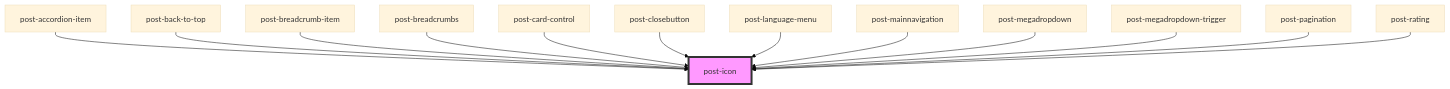
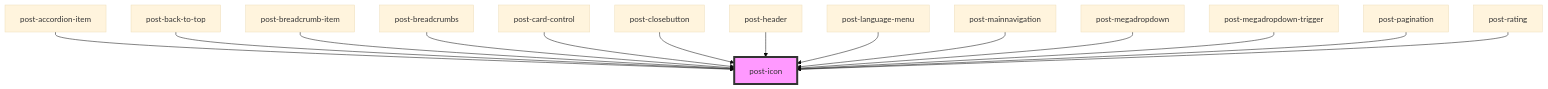
One commit to swisspost/design-system changed the diagram in packages/components/src/components/post-icon/readme.md. Above: the diagram before and after it, drawn with Mermaid (base theme). The commit also changed other lines of this file and 21 other files, not shown here.

First line of the commit message:
chore(components): include burger button into the post header (#6801)

````diff
--- a/packages/components/src/components/post-icon/readme.md
+++ b/packages/components/src/components/post-icon/readme.md
@@ -39,16 +40,17 @@
 ```mermaid
 graph TD;
   post-accordion-item --> post-icon
   post-back-to-top --> post-icon
   post-breadcrumb-item --> post-icon
   post-breadcrumbs --> post-icon
   post-card-control --> post-icon
   post-closebutton --> post-icon
+  post-header --> post-icon
   post-language-menu --> post-icon
   post-mainnavigation --> post-icon
   post-megadropdown --> post-icon
   post-megadropdown-trigger --> post-icon
   post-pagination --> post-icon
   post-rating --> post-icon
   style post-icon fill:#f9f,stroke:#333,stroke-width:4px
 ```
````
